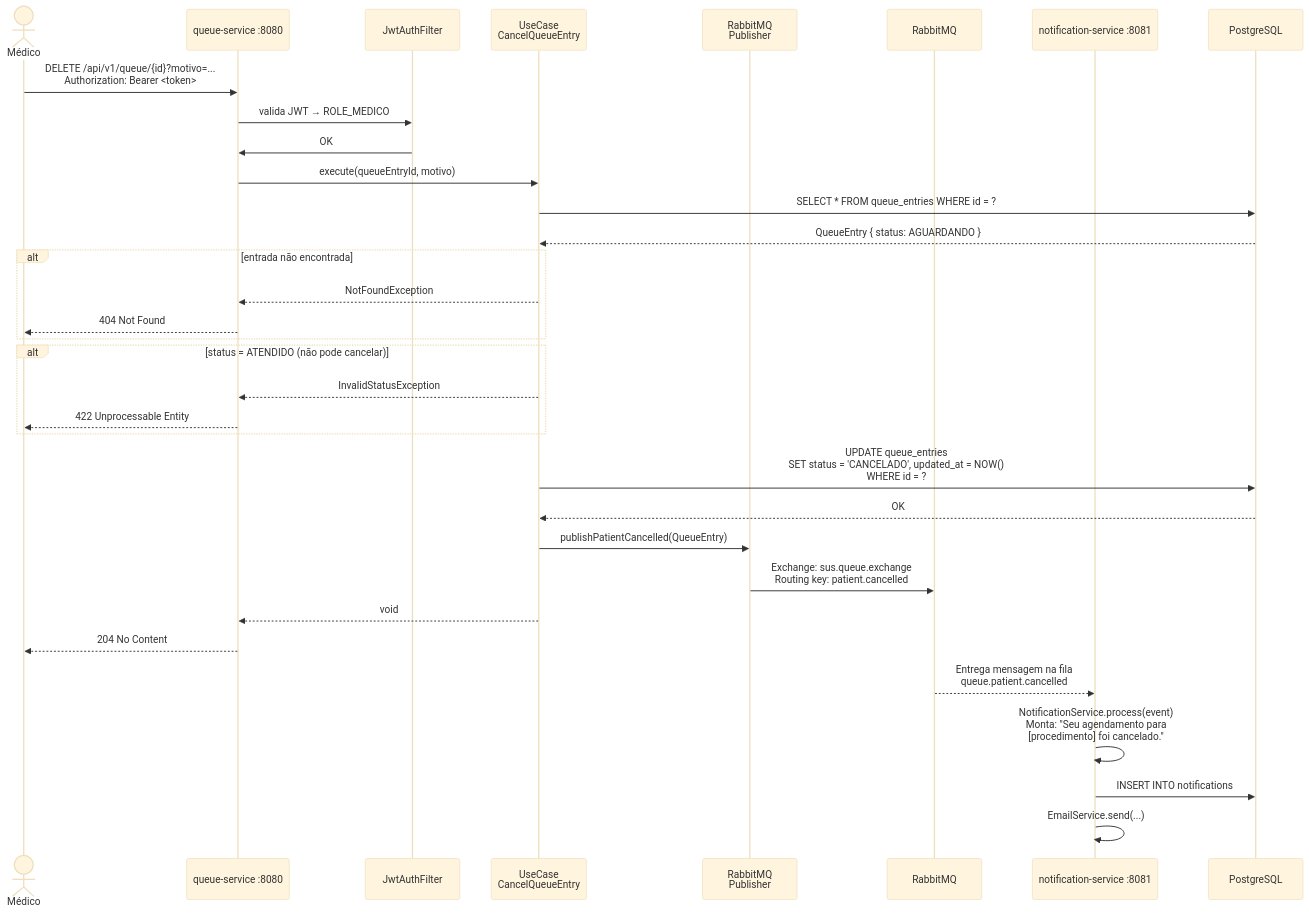
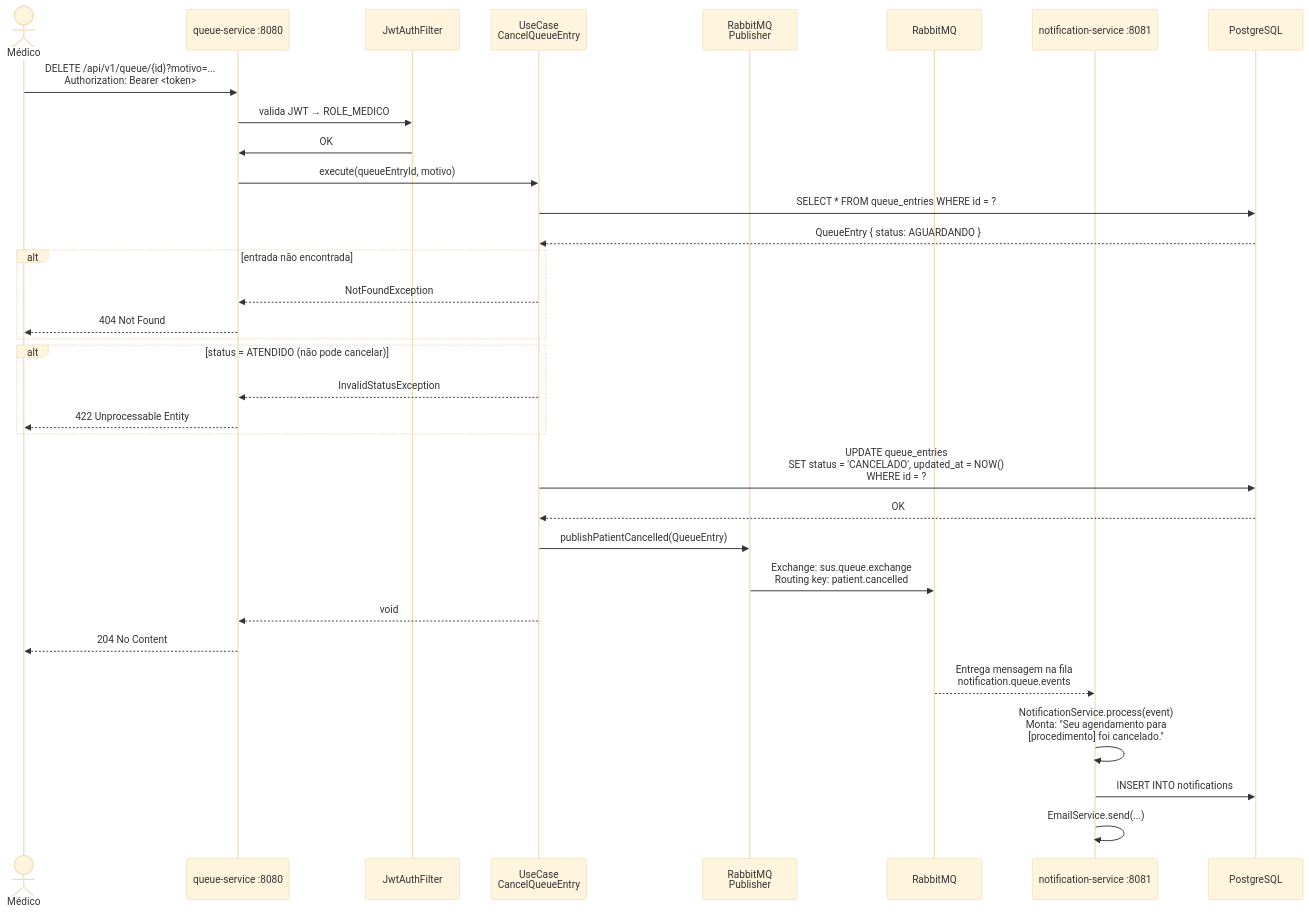
The seventh of 13 diagrams in docs/sequencias-diagrama.md (LucasBruner/Morbus), drawn with Mermaid (base theme) before and after one commit. The commit also changed other lines of this file and 3 other files, not shown here.

````diff
--- a/docs/sequencias-diagrama.md
+++ b/docs/sequencias-diagrama.md
@@ -305,46 +305,46 @@
 ```mermaid
 sequenceDiagram
     actor Medico as Médico
     participant QS as queue-service :8080
     participant Filter as JwtAuthFilter
     participant UC as UseCase<br/>CancelQueueEntry
     participant Publisher as RabbitMQ<br/>Publisher
     participant MQ as RabbitMQ
     participant NS as notification-service :8081
     participant DB as PostgreSQL
 
     Medico->>QS: DELETE /api/v1/queue/{id}?motivo=...<br/>Authorization: Bearer <token>
 
     QS->>Filter: valida JWT → ROLE_MEDICO
     Filter->>QS: OK
 
     QS->>UC: execute(queueEntryId, motivo)
 
     UC->>DB: SELECT * FROM queue_entries WHERE id = ?
     DB-->>UC: QueueEntry { status: AGUARDANDO }
 
     alt entrada não encontrada
         UC-->>QS: NotFoundException
         QS-->>Medico: 404 Not Found
     end
 
     alt status = ATENDIDO (não pode cancelar)
         UC-->>QS: InvalidStatusException
         QS-->>Medico: 422 Unprocessable Entity
     end
 
     UC->>DB: UPDATE queue_entries<br/>SET status = 'CANCELADO', updated_at = NOW()<br/>WHERE id = ?
     DB-->>UC: OK
 
     UC->>Publisher: publishPatientCancelled(QueueEntry)
     Publisher->>MQ: Exchange: sus.queue.exchange<br/>Routing key: patient.cancelled
 
     UC-->>QS: void
     QS-->>Medico: 204 No Content
 
-    MQ-->>NS: Entrega mensagem na fila<br/>queue.patient.cancelled
+    MQ-->>NS: Entrega mensagem na fila<br/>notification.queue.events
 
     NS->>NS: NotificationService.process(event)<br/>Monta: "Seu agendamento para<br/>[procedimento] foi cancelado."
     NS->>DB: INSERT INTO notifications
     NS->>NS: EmailService.send(...)
 ```
````
